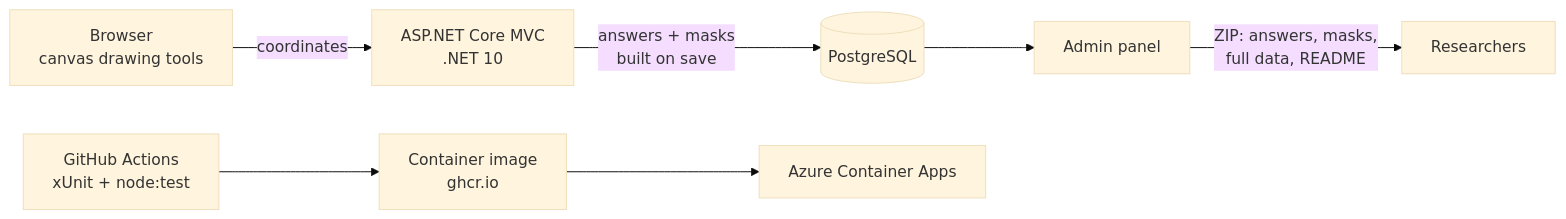
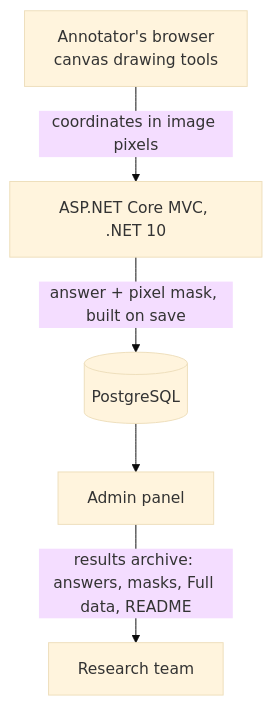
Before and after one commit to ArkhunAbdullazade/MedAnnotateApp: the diagram in README.md, drawn with Mermaid (base theme). The commit also changed other lines of this file, not shown here.

Commit message:
Make the architecture diagram readable

````diff
--- a/README.md
+++ b/README.md
@@ -210,8 +210,7 @@
 ```mermaid
-flowchart LR
-    A["Browser<br/>canvas drawing tools"] -- "coordinates" --> B["ASP.NET Core MVC<br/>.NET 10"]
-    B -- "answers + masks<br/>built on save" --> C[("PostgreSQL")]
+flowchart TB
+    A["Annotator's browser<br/>canvas drawing tools"] -- "coordinates in image pixels" --> B["ASP.NET Core MVC, .NET 10"]
+    B -- "answer + pixel mask, built on save" --> C[("PostgreSQL")]
     C --> D["Admin panel"]
-    D -- "ZIP: answers, masks,<br/>full data, README" --> E["Researchers"]
-    F["GitHub Actions<br/>xUnit + node:test"] --> G["Container image<br/>ghcr.io"] --> H["Azure Container Apps"]
+    D -- "results archive: answers, masks, Full data, README" --> E["Research team"]
 ```
````
